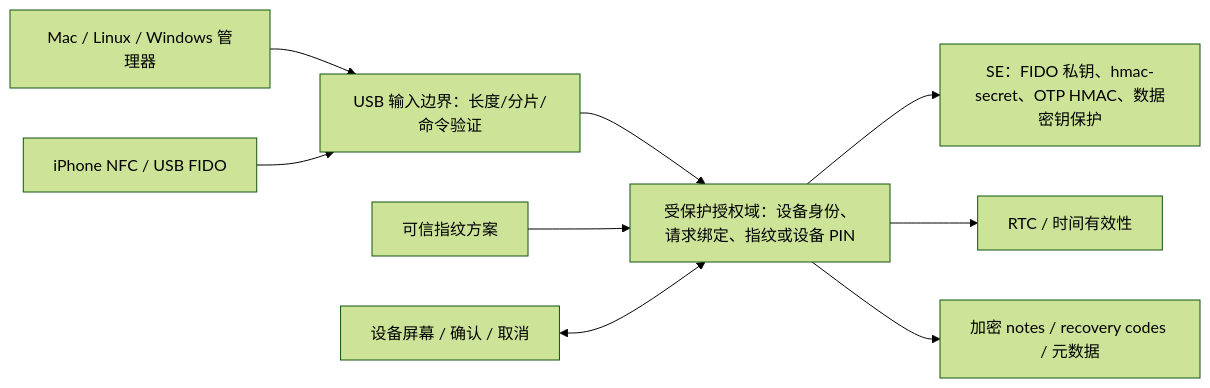
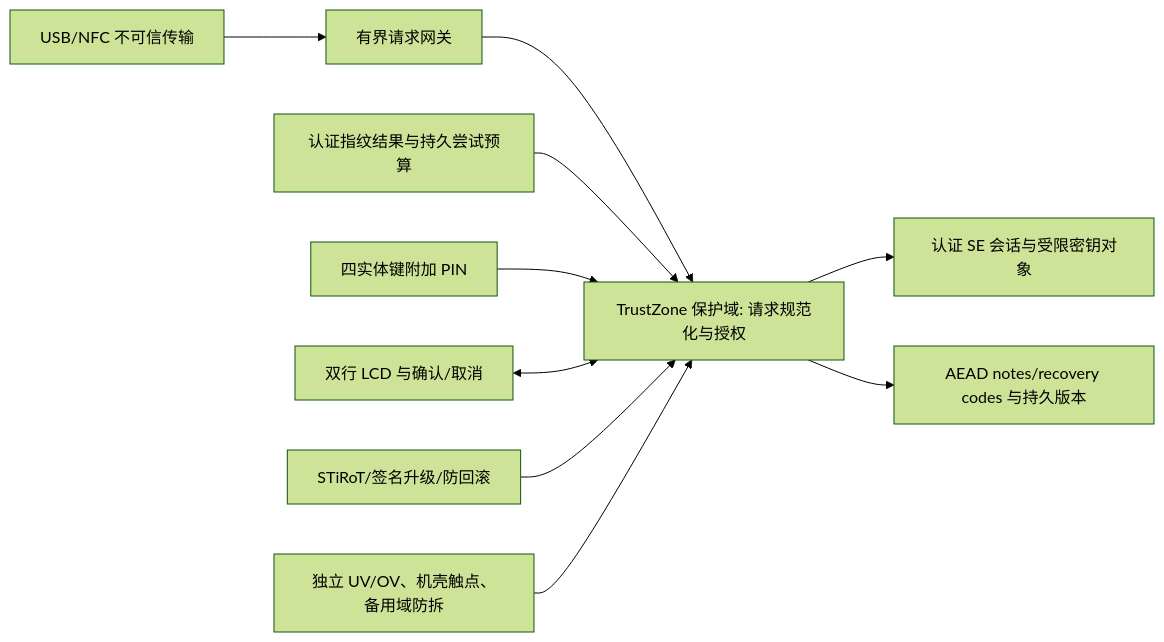
Before and after one commit to Jay-Void-BA/OpenKeys: the diagram in docs/ARCHITECTURE.md, drawn with Mermaid (forest theme). The commit also changed other lines of this file and 80 other files, not shown here.

````diff
--- a/docs/ARCHITECTURE.md
+++ b/docs/ARCHITECTURE.md
@@ -7,11 +5,12 @@
-~~~mermaid
+```mermaid
 flowchart LR
-    H[Mac / Linux / Windows 管理器] --> I[USB 输入边界：长度/分片/命令验证]
-    N[iPhone NFC / USB FIDO] --> I
-    I --> T[受保护授权域：设备身份、请求绑定、指纹或设备 PIN]
-    F[可信指纹方案] --> T
-    U[设备屏幕 / 确认 / 取消] <--> T
-    T --> S[SE：FIDO 私钥、hmac-secret、OTP HMAC、数据密钥保护]
-    T --> R[RTC / 时间有效性]
-    T --> D[加密 notes / recovery codes / 元数据]
-~~~
+ H[USB/NFC 不可信传输] --> G[有界请求网关]
+ G --> T[TrustZone 保护域: 请求规范化与授权]
+ F[认证指纹结果与持久尝试预算] --> T
+ P[四实体键附加 PIN] --> T
+ L[双行 LCD 与确认/取消] <--> T
+ T --> S[认证 SE 会话与受限密钥对象]
+ T --> V[AEAD notes/recovery codes 与持久版本]
+ I[STiRoT/签名升级/防回滚] --> T
+ X[独立 UV/OV、机壳触点、备用域防拆] --> T
+```
````
